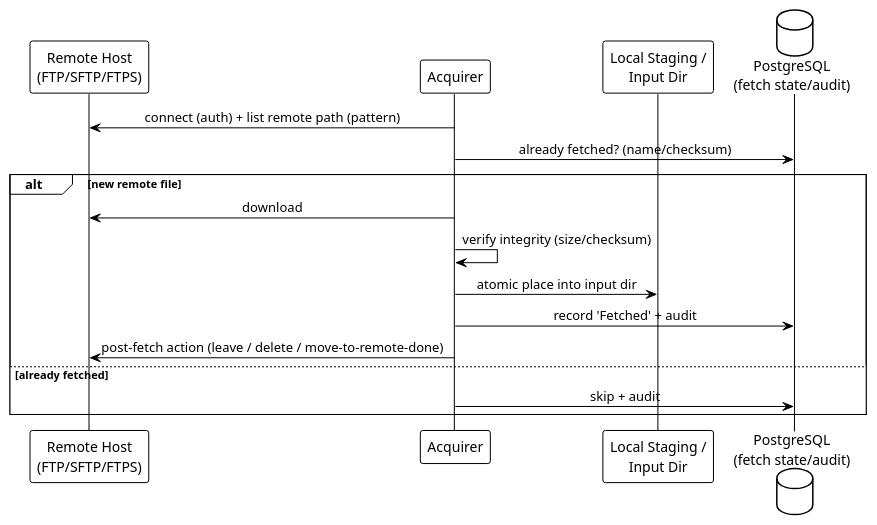
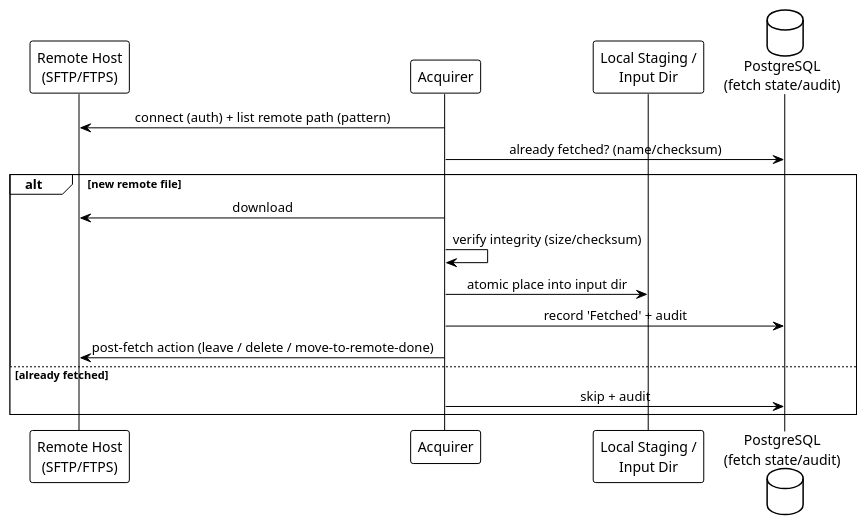
The first of 4 diagrams in docs/brs/06-functional-requirements.md (pgvanniekerk/baasparse), drawn with PlantUML before and after one commit. The commit also changed other lines of this file and 10 other files, not shown here.

````diff
--- a/docs/brs/06-functional-requirements.md
+++ b/docs/brs/06-functional-requirements.md
@@ -17,22 +17,22 @@
 ```plantuml
 @startuml remote-acquire
 !theme plain
 skinparam defaultTextAlignment center
-participant "Remote Host\n(FTP/SFTP/FTPS)" as R
+participant "Remote Host\n(SFTP/FTPS)" as R
 participant "Acquirer" as A
 participant "Local Staging /\nInput Dir" as L
 database "PostgreSQL\n(fetch state/audit)" as DB
 
 A -> R : connect (auth) + list remote path (pattern)
 A -> DB : already fetched? (name/checksum)
 alt new remote file
   A -> R : download
   A -> A : verify integrity (size/checksum)
   A -> L : atomic place into input dir
   A -> DB : record 'Fetched' + audit
   A -> R : post-fetch action (leave / delete / move-to-remote-done)
 else already fetched
   A -> DB : skip + audit
 end
 @enduml
 ```
````
